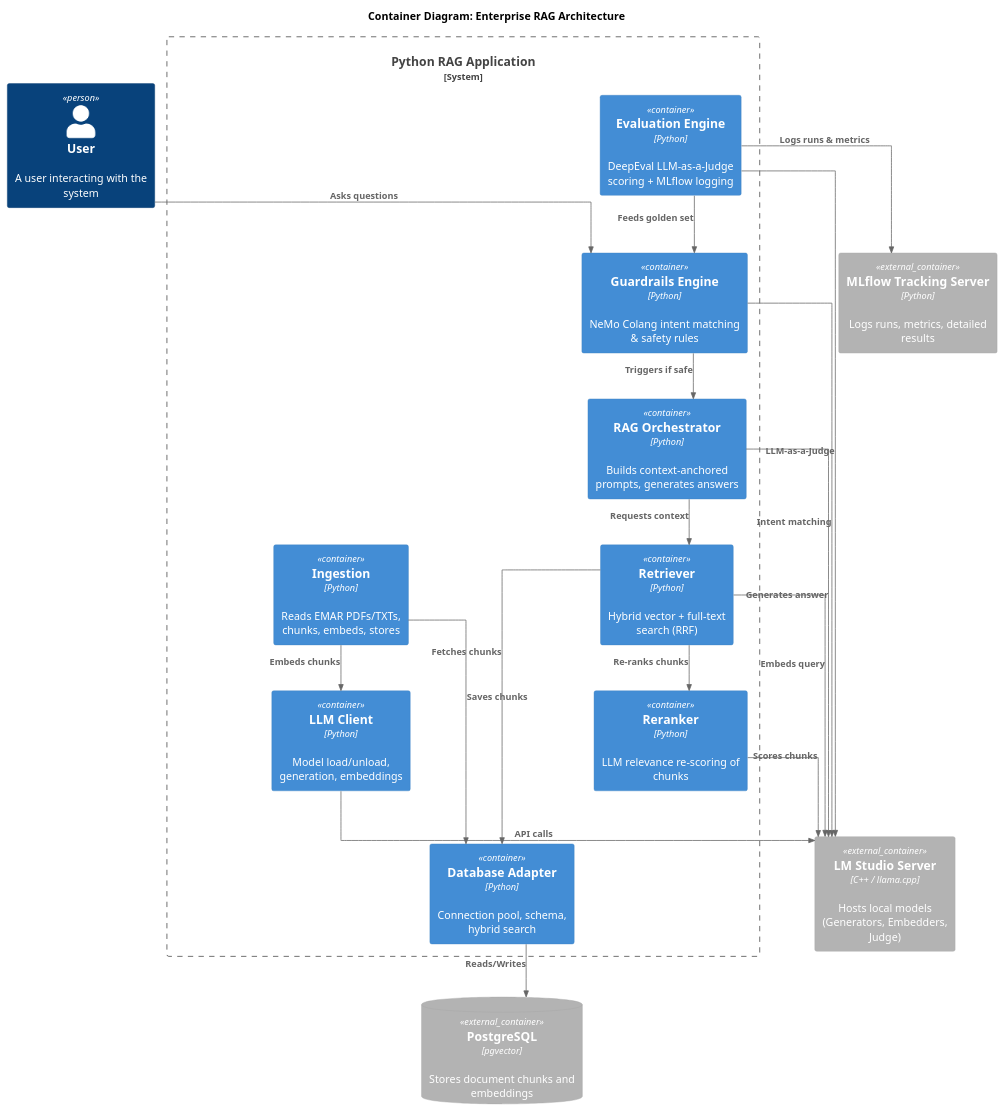
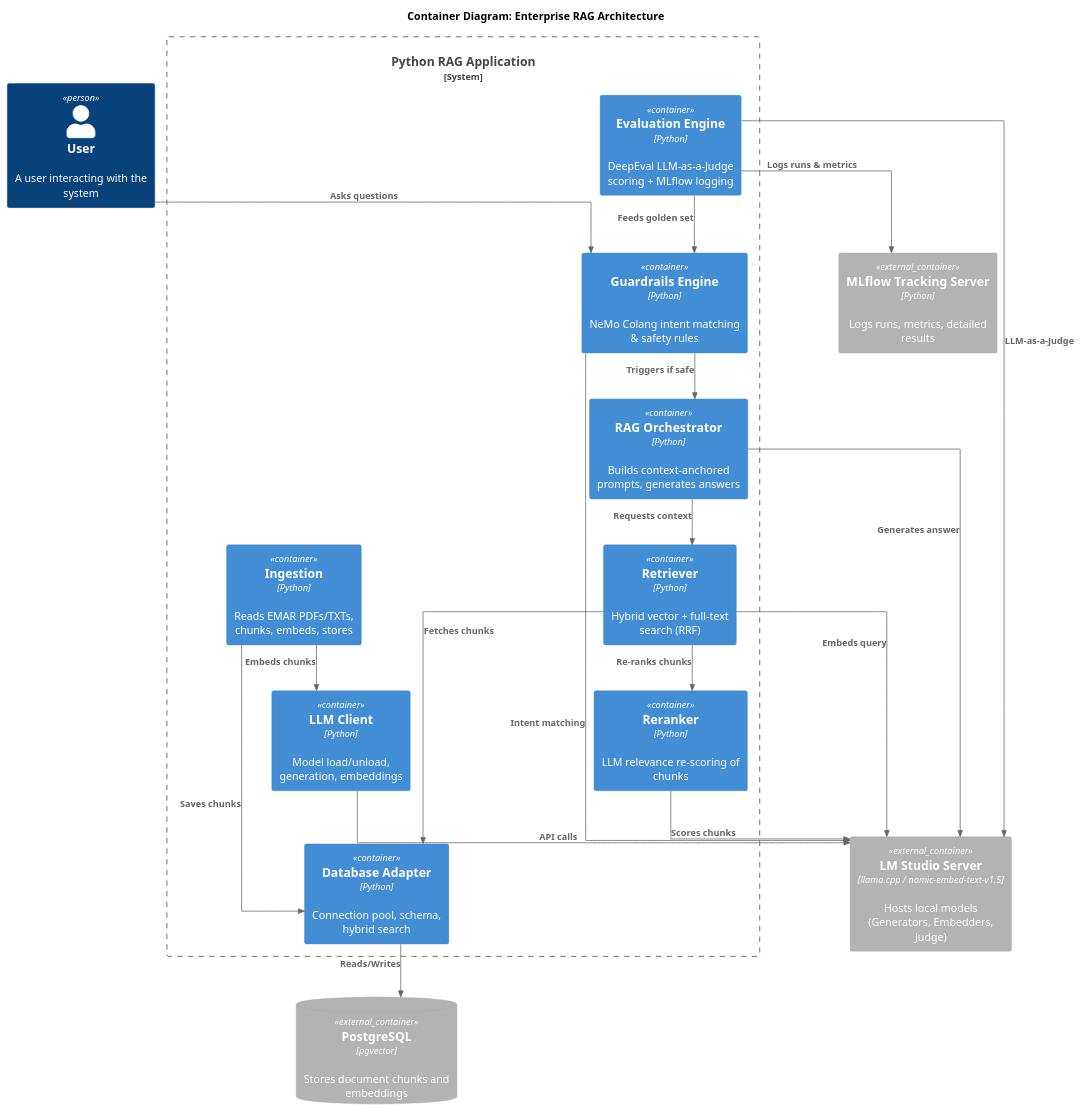
Before and after one commit to iseg-pg-ai/nlpg-6ed-group-4: the diagram in documentation/C4/c4_level2.puml, drawn with PlantUML. The commit also changed 1 other file, not shown here.

Commit message:
updated C4 diagram

```diff
--- a/documentation/C4/c4_level2.puml
+++ b/documentation/C4/c4_level2.puml
@@ -1,77 +1,78 @@
 @startuml level-two
 !include https://raw.githubusercontent.com/plantuml-stdlib/C4-PlantUML/master/C4_Container.puml
 
 skinparam linetype ortho
 skinparam nodesep 120
 
 LAYOUT_TOP_DOWN()
 
 title Container Diagram: Enterprise RAG Architecture
 
 Person(user, "User", "A user interacting with the system")
 
 System_Boundary(python_app, "Python RAG Application") {
 
     ' ==== TOP LAYER (Entry Points) ====
     Container(ingest, "Ingestion", "Python", "Reads EMAR PDFs/TXTs, chunks, embeds, stores")
     Container(evaluator, "Evaluation Engine", "Python", "DeepEval LLM-as-a-Judge scoring + MLflow logging")
 
     ' ==== SECOND LAYER (Safety & Orchestration) ====
     Container(guardrails, "Guardrails Engine", "Python", "NeMo Colang intent matching & safety rules")
     Container(rag_orch, "RAG Orchestrator", "Python", "Builds context-anchored prompts, generates answers")
 
     ' ==== THIRD LAYER (Retrieval) ====
     Container(retriever, "Retriever", "Python", "Hybrid vector + full-text search (RRF)")
     Container(reranker, "Reranker", "Python", "LLM relevance re-scoring of chunks")
 
     ' ==== BOTTOM LAYER (Shared Adapters) ====
     Container(llm_client, "LLM Client", "Python", "Model load/unload, generation, embeddings")
     Container(db_adapter, "Database Adapter", "Python", "Connection pool, schema, hybrid search")
 
     ' Invisible constraints to force a clean grid
     Lay_R(evaluator, ingest)
     Lay_D(evaluator, guardrails)
     Lay_D(guardrails, rag_orch)
     Lay_D(rag_orch, retriever)
     Lay_R(retriever, reranker)
     Lay_D(retriever, llm_client)
     Lay_D(reranker, db_adapter)
 }
 
-Container_Ext(lmstudio, "LM Studio Server", "C++ / llama.cpp", "Hosts local models (Generators, Embedders, Judge)")
+Container_Ext(lmstudio, "LM Studio Server", "llama.cpp / nomic-embed-text-v1.5", "Hosts local models (Generators, Embedders, Judge)")
 ContainerDb_Ext(pgvector, "PostgreSQL", "pgvector", "Stores document chunks and embeddings")
 Container_Ext(mlflow, "MLflow Tracking Server", "Python", "Logs runs, metrics, detailed results")
 
 ' Pin external elements (must be declared after the boundary)
 Lay_R(evaluator, mlflow)
-Lay_R(reranker, lmstudio)
+Lay_R(retriever, lmstudio)
 Lay_D(db_adapter, pgvector)
+Lay_D(ingest, db_adapter)
 
 ' --- 1. Entry Points & Evaluation Flow ---
 Rel_D(evaluator, guardrails, "Feeds golden set")
 Rel_D(evaluator, mlflow, "Logs runs & metrics")
 Rel_D(evaluator, lmstudio, "LLM-as-a-Judge")
 
 Rel_D(ingest, llm_client, "Embeds chunks")
 Rel_D(ingest, db_adapter, "Saves chunks")
 
 ' --- 2. Guardrails & RAG Flow ---
 Rel_D(user, guardrails, "Asks questions")
 Rel_D(guardrails, rag_orch, "Triggers if safe")
 Rel_D(guardrails, lmstudio, "Intent matching")
 
 Rel_D(rag_orch, retriever, "Requests context")
 Rel_D(rag_orch, lmstudio, "Generates answer")
 
 ' --- 3. Retrieval & Reranking Flow ---
 Rel_D(retriever, reranker, "Re-ranks chunks")
 Rel_D(retriever, db_adapter, "Fetches chunks")
 Rel_D(retriever, lmstudio, "Embeds query")
 
 Rel_D(reranker, lmstudio, "Scores chunks")
 
 ' --- 4. Shared Adapters to Infrastructure ---
 Rel_D(llm_client, lmstudio, "API calls")
 Rel_D(db_adapter, pgvector, "Reads/Writes")
 
 @enduml
```
